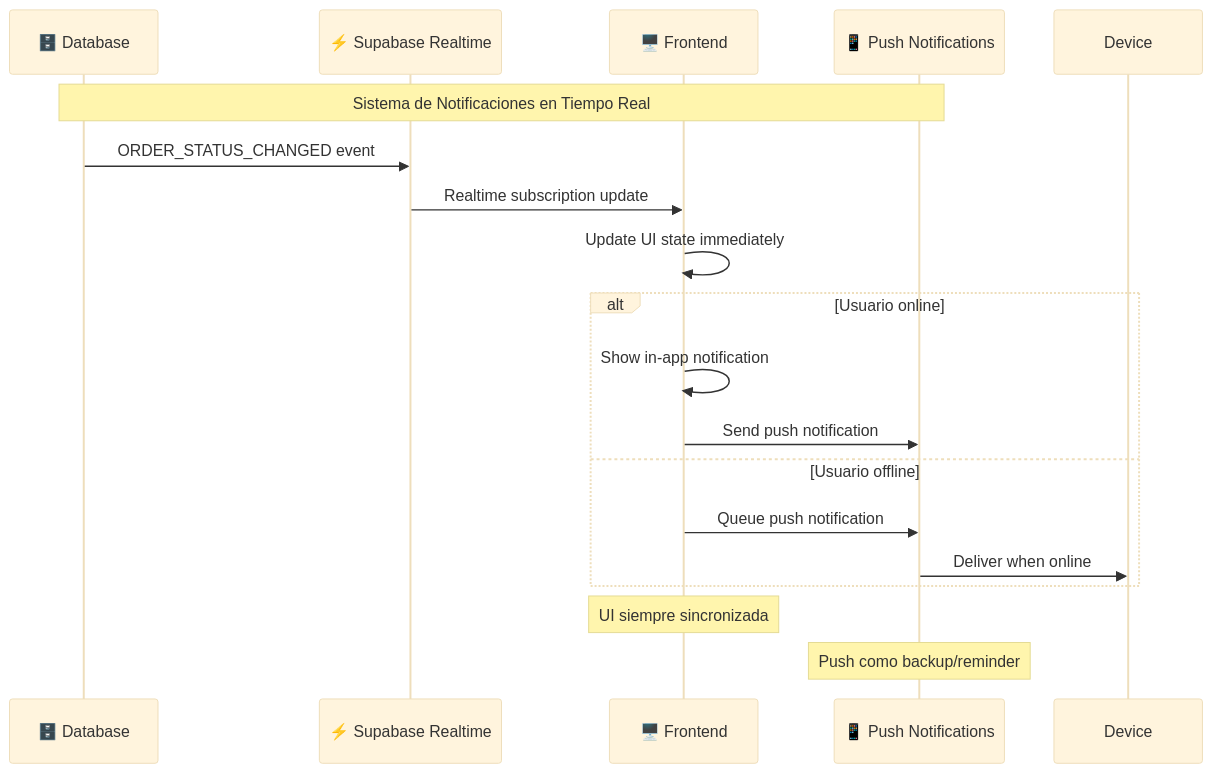
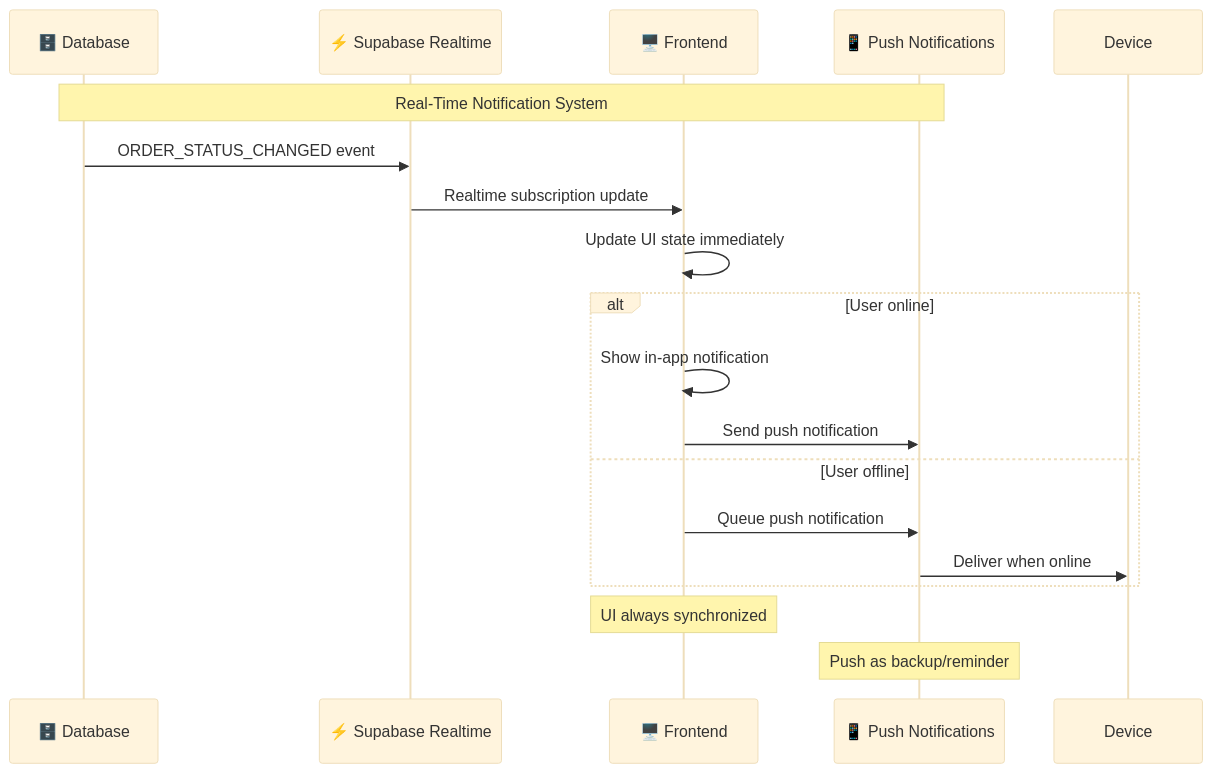
One commit to kibo-project/Kibo-Wiki changed the eighth of 8 diagrams in 02-estados-y-flujos.md. Above: the diagram before and after it, drawn with Mermaid (base theme). The commit also changed other lines of this file and 5 other files, not shown here.

````diff
--- a/02-estados-y-flujos.md
+++ b/02-estados-y-flujos.md
@@ -424,24 +424,24 @@
 ```mermaid
 sequenceDiagram
     participant DB as 🗄️ Database
     participant RT as ⚡ Supabase Realtime
     participant F as 🖥️ Frontend
     participant N as 📱 Push Notifications
 
-    Note over DB,N: Sistema de Notificaciones en Tiempo Real
+    Note over DB,N: Real-Time Notification System
 
     DB->>RT: ORDER_STATUS_CHANGED event
     RT->>F: Realtime subscription update
     F->>F: Update UI state immediately
     
-    alt Usuario online
+    alt User online
         F->>F: Show in-app notification
         F->>N: Send push notification
-    else Usuario offline
+    else User offline
         F->>N: Queue push notification
         N->>Device: Deliver when online
     end
     
-    Note over F: UI siempre sincronizada
-    Note over N: Push como backup/reminder
+    Note over F: UI always synchronized
+    Note over N: Push as backup/reminder
 ```
````
